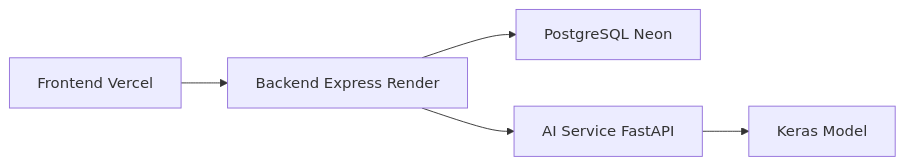
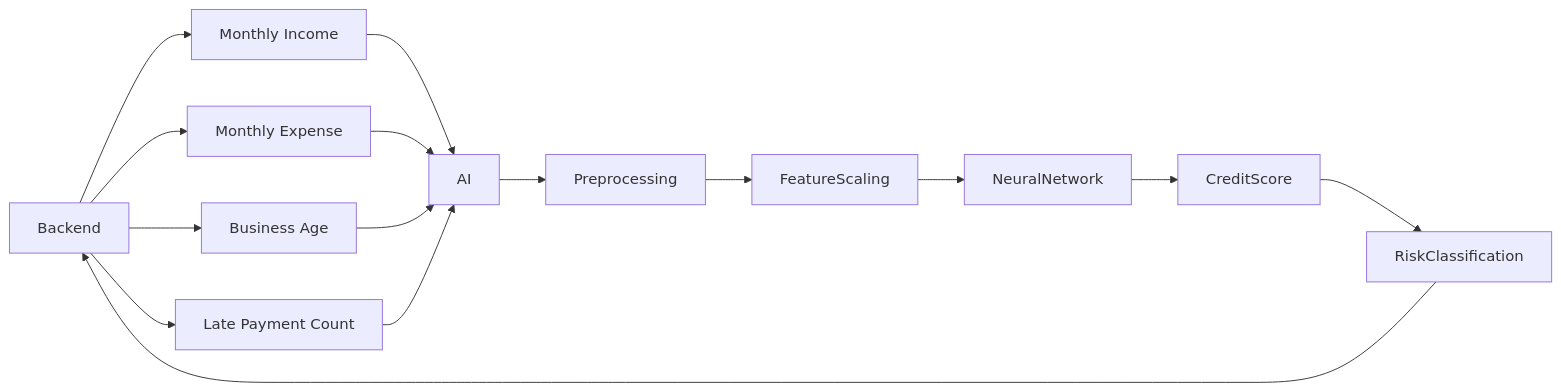
Before and after one commit to yuda-07/Captone-Project: the fifth of 8 diagrams in Backend/readmi.md, drawn with Mermaid. The commit also changed other lines of this file, not shown here.

Commit message:
update backend

````diff
--- a/Backend/readmi.md
+++ b/Backend/readmi.md
@@ -324,12 +198,36 @@
 ```mermaid
 flowchart LR
 
-A[Frontend Vercel]
---> B[Backend Express Render]
+Backend
 
-B --> C[PostgreSQL Neon]
+--> Income[Monthly Income]
 
-B --> D[AI Service FastAPI]
+Backend
 
-D --> E[Keras Model]
+--> Expense[Monthly Expense]
+
+Backend
+
+--> Age[Business Age]
+
+Backend
+
+--> Late[Late Payment Count]
+
+Income --> AI
+Expense --> AI
+Age --> AI
+Late --> AI
+
+AI --> Preprocessing
+
+Preprocessing --> FeatureScaling
+
+FeatureScaling --> NeuralNetwork
+
+NeuralNetwork --> CreditScore
+
+CreditScore --> RiskClassification
+
+RiskClassification --> Backend
 ```
````
